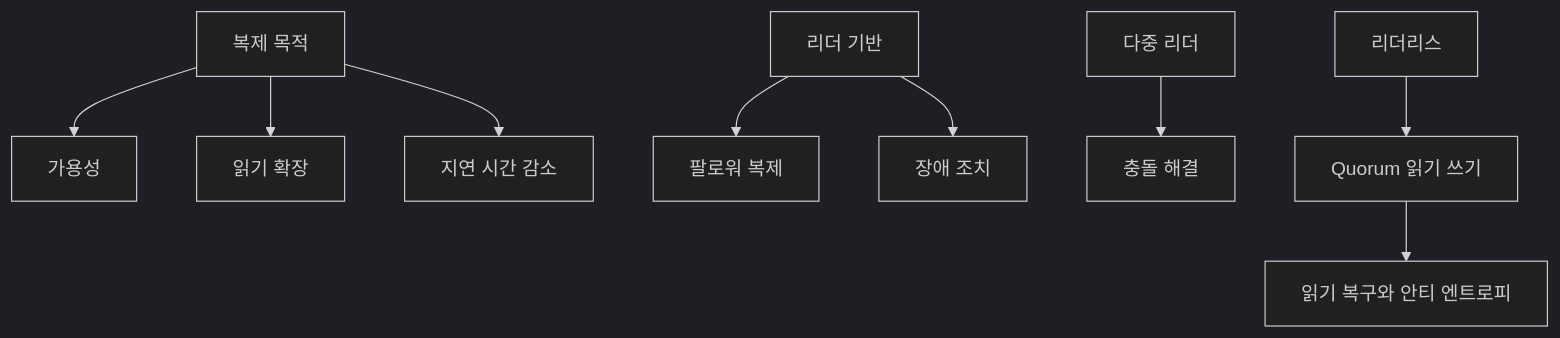
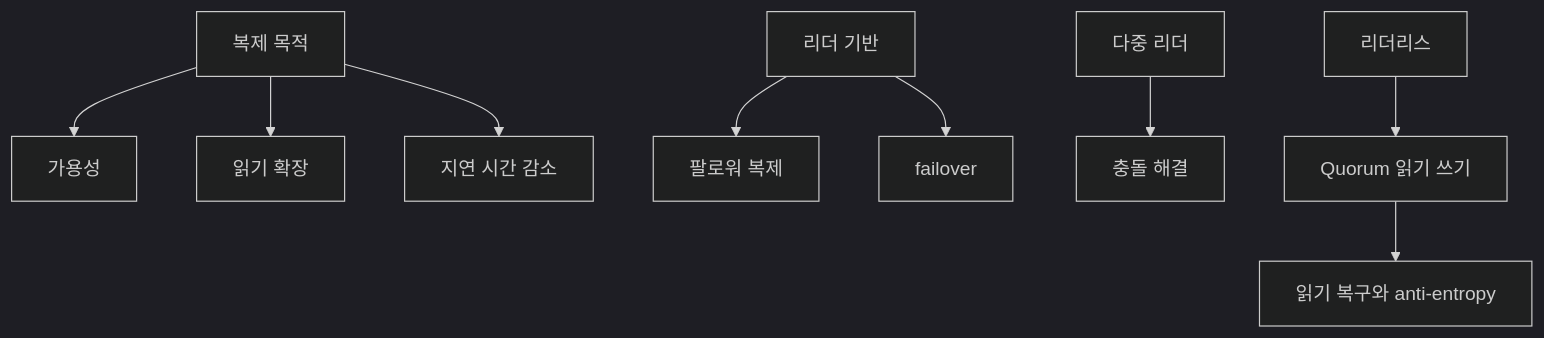
Before and after one commit to currenjin/currenjin.github.io: the fifth of 12 diagrams in _wiki/designing-data-intensive-applications.md, drawn with Mermaid (dark theme). The commit also changed other lines of this file, not shown here.

````diff
--- a/_wiki/designing-data-intensive-applications.md
+++ b/_wiki/designing-data-intensive-applications.md
@@ -528,11 +528,11 @@
 ```mermaid
 flowchart TD
   A["복제 목적"] --> B["가용성"]
   A --> C["읽기 확장"]
   A --> D["지연 시간 감소"]
   E["리더 기반"] --> F["팔로워 복제"]
-  E --> G["장애 조치"]
+  E --> G["failover"]
   H["다중 리더"] --> I["충돌 해결"]
   J["리더리스"] --> K["Quorum 읽기 쓰기"]
-  K --> L["읽기 복구와 안티 엔트로피"]
+  K --> L["읽기 복구와 anti-entropy"]
 ```
````
